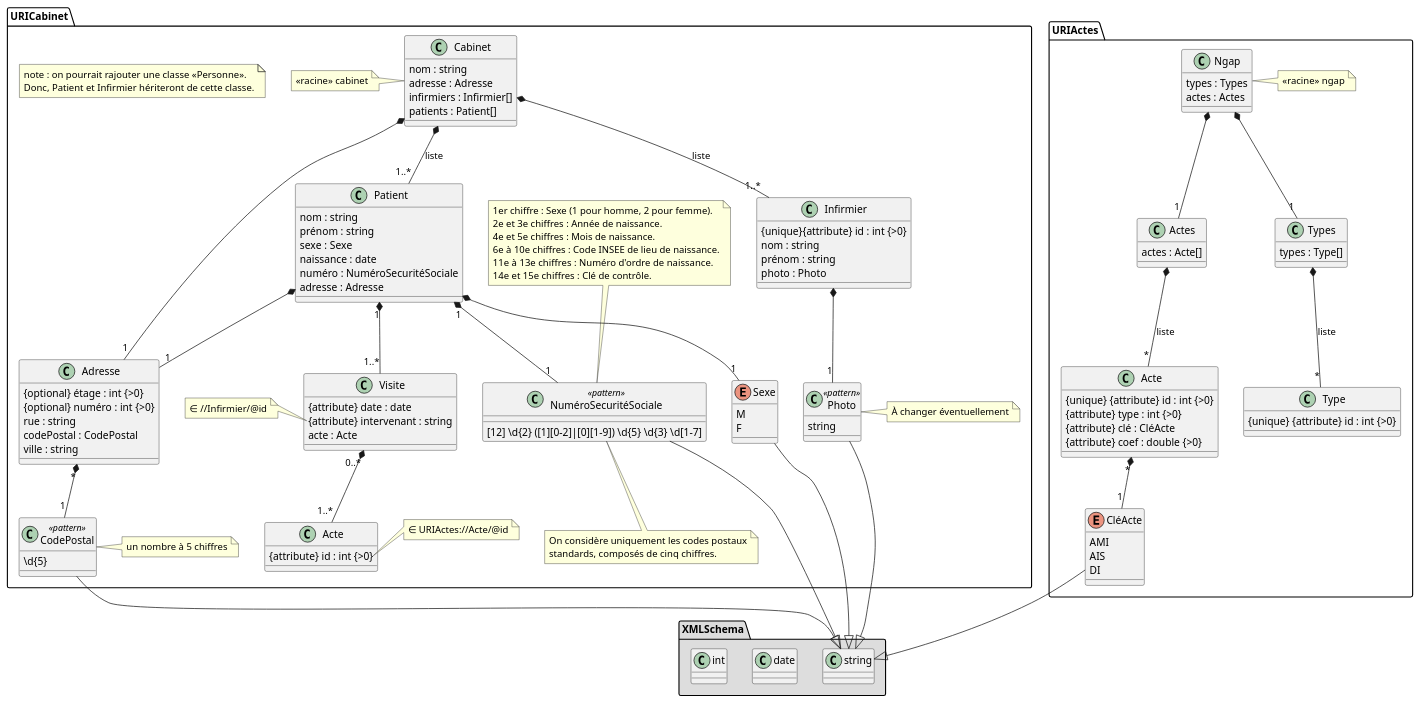
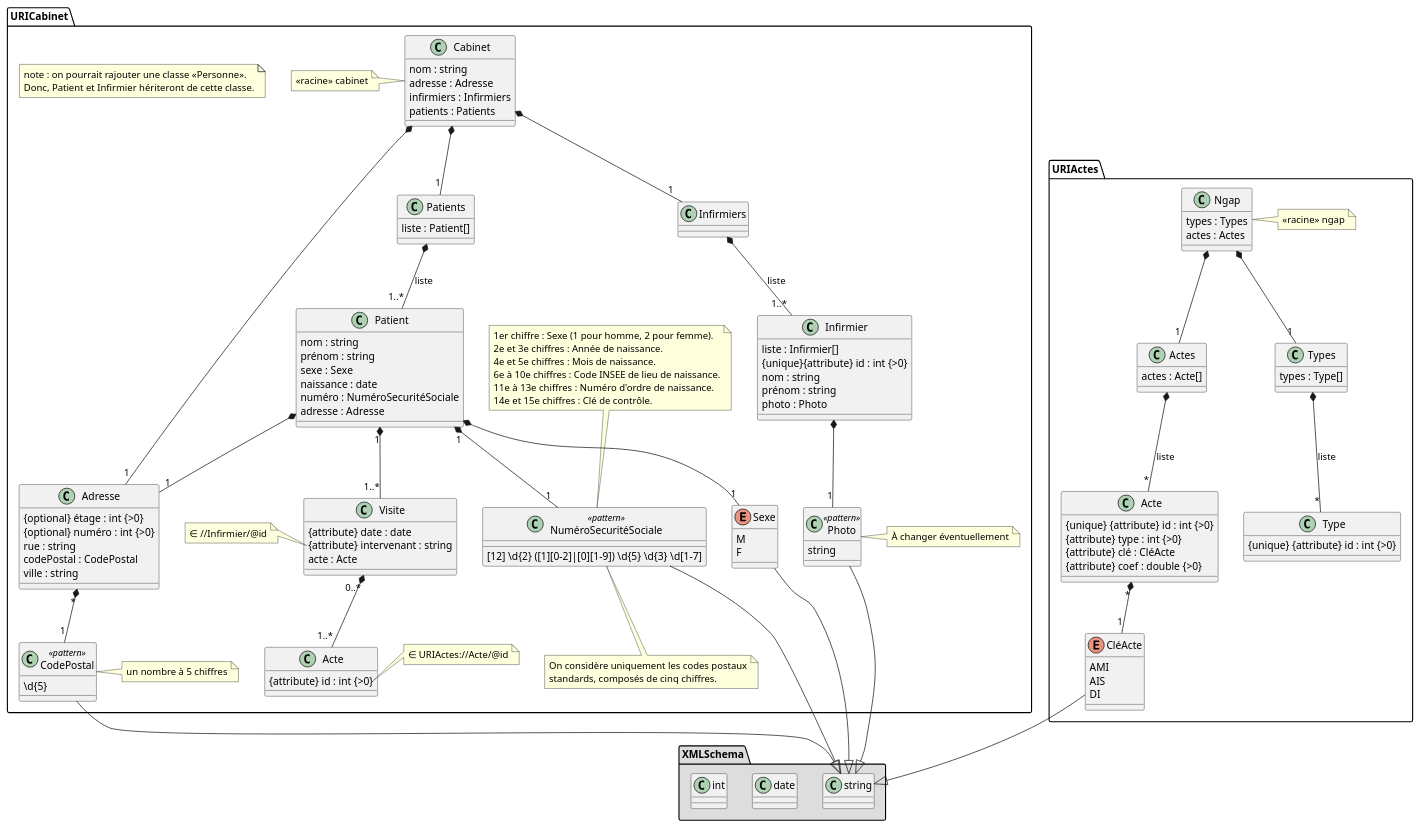
The diagram in data/uml/cabinet.puml (TennesseeAlves/CabinetInfirmier), drawn with PlantUML before and after one commit. The commit also changed 2 other files, not shown here.

Commit message:
correction UML (type Infirmiers et Patients) + correction "étage" (apply-template)

```diff
--- a/data/uml/cabinet.puml
+++ b/data/uml/cabinet.puml
@@ -1,171 +1,183 @@
 @startuml
 
 'skinparam linetype ortho
 'l'instruction au dessus est pour avoir des lignes orthogonales...
 
 package XMLSchema #DDDDDD {
     class string
     class date
     class int
 }
 
 package URICabinet {
     note as noteHeritagePersonne
         note : on pourrait rajouter une classe «Personne».
         Donc, Patient et Infirmier hériteront de cette classe.
     end note
     
     class Cabinet {
         nom : string
         adresse : Adresse
-        infirmiers : Infirmier[]
-        patients : Patient[]
+        infirmiers : Infirmiers
+        patients : Patients
     }
     note left of Cabinet
         <<racine>> cabinet
     end note
+    
+    class Infirmier {
+        liste : Infirmier[]
+    }
+    
+    class Patients {
+        liste : Patient[]
+    }
     
     class Infirmier {
         {unique}{attribute} id : int {>0} 
         nom : string
         prénom : string
         photo : Photo
     }
     class Photo <<pattern>> {
         string
     }
     note right of Photo
         À changer éventuellement
     end note
     
     class Patient {
         nom : string
         prénom : string
         sexe : Sexe
         naissance : date
         numéro : NuméroSecuritéSociale
         adresse : Adresse
     }
     
     class Adresse {
         {optional} étage : int {>0}
         {optional} numéro : int {>0}
         rue : string
         codePostal : CodePostal
         ville : string
     }
     
     Enum Sexe  {
         M
         F
     }
     
     class NuméroSecuritéSociale <<pattern>> {
         [12] \d{2} ([1][0-2]|[0][1-9]) \d{5} \d{3} \d[1-7]
     }
     note top of NuméroSecuritéSociale
         1er chiffre : Sexe (1 pour homme, 2 pour femme).
         2e et 3e chiffres : Année de naissance.
         4e et 5e chiffres : Mois de naissance.
         6e à 10e chiffres : Code INSEE de lieu de naissance.
         11e à 13e chiffres : Numéro d'ordre de naissance.
         14e et 15e chiffres : Clé de contrôle.
     end note
     note bottom of NuméroSecuritéSociale
         On considère uniquement les codes postaux
         standards, composés de cinq chiffres.
     end note
     
     class CodePostal <<pattern>> {
         \d{5}
     }
     note right of CodePostal
         un nombre à 5 chiffres
     end note
     
     class Visite {
         {attribute} date : date
         {attribute} intervenant : string
         acte : Acte
     }
     note left of Visite::intervenant
         ∈ //Infirmier/@id
     end note
     
     class Acte {
         {attribute} id : int {>0}
     }
     note right of Acte::id
         ∈ URIActes://Acte/@id
     end note
     
-    Cabinet *--"1..*" Infirmier : liste
-    Cabinet *--"1..*" Patient : liste
+    Cabinet *--"1" Infirmiers
+    Cabinet *--"1" Patients
     Cabinet *--"1" Adresse
+    
+    Infirmiers *--"1..*" Infirmier : liste
+    
+    Patients *--"1..*" Patient : liste
     
     Infirmier *-- "1" Photo
     
     Patient *--"1" Sexe
     Patient "1"*--"1..*" Visite
     Patient "1"*--"1" NuméroSecuritéSociale
     Patient *--"1" Adresse
     
     Visite "0..*"*--"1..*" Acte
     
     Adresse "*" *--"1" CodePostal
     
     Sexe --|> string
     NuméroSecuritéSociale --|> string
     CodePostal --|> string
     Photo --|> string
 }
 
 
 
 package URIActes {
     class Ngap {
         types : Types
         actes : Actes
     }
     note right of Ngap
         «racine» ngap
     end note
     class Acte {
         {unique} {attribute} id : int {>0}
         {attribute} type : int {>0}
         {attribute} clé : CléActe
         {attribute} coef : double {>0}
     }
     note right of Acte::type
         ∈ //Type/@id
     end note
     
     class Actes {
         actes : Acte[]
     }
     
     class Type {
         {unique} {attribute} id : int {>0}
     }
     class Types {
         types : Type[]
     }
     
     enum CléActe {
         AMI
         AIS
         DI
     }
     
     Ngap *--"1" Types
     Ngap *--"1" Actes
     
     Actes *--"*" Acte : liste
     Acte "*"*--"1" CléActe
     
     Types *--"*" Type : liste
     
     CléActe --|> string
 }
 
 @enduml
```
